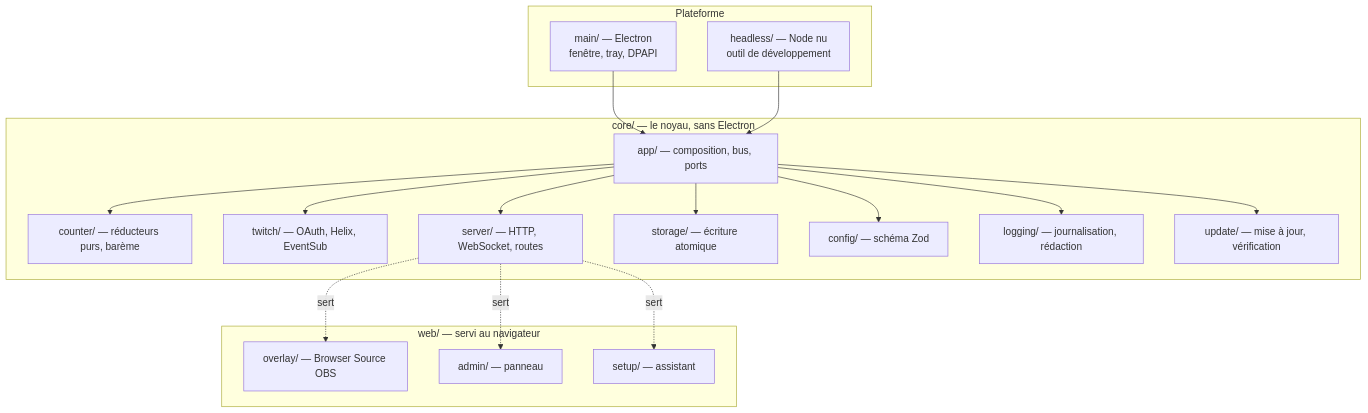
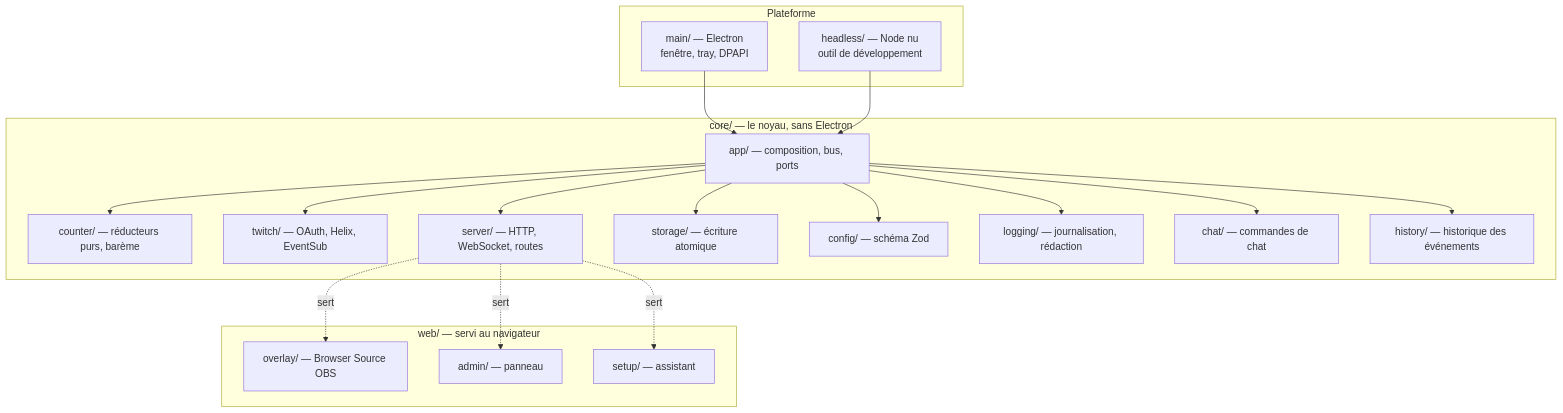
One commit to thedevopser/ChronoCast changed the first of 2 diagrams in docs/ARCHITECTURE.md. Above: the diagram before and after it, drawn with Mermaid. The commit also changed other lines of this file and 4 other files, not shown here.

````diff
--- a/docs/ARCHITECTURE.md
+++ b/docs/ARCHITECTURE.md
@@ -23,37 +21,39 @@
 ```mermaid
 graph TD
     subgraph Plateforme
         MAIN["main/ — Electron<br/>fenêtre, tray, DPAPI"]
         HEADLESS["headless/ — Node nu<br/>outil de développement"]
     end
 
     subgraph "core/ — le noyau, sans Electron"
         APP["app/ — composition, bus, ports"]
         COUNTER["counter/ — réducteurs purs, barème"]
         TWITCH["twitch/ — OAuth, Helix, EventSub"]
         SERVER["server/ — HTTP, WebSocket, routes"]
         STORAGE["storage/ — écriture atomique"]
         CONFIG["config/ — schéma Zod"]
         LOG["logging/ — journalisation, rédaction"]
-        UPDATE["update/ — mise à jour, vérification"]
+        CHAT["chat/ — commandes de chat"]
+        HISTORY["history/ — historique des événements"]
     end
 
     subgraph "web/ — servi au navigateur"
         OVERLAY["overlay/ — Browser Source OBS"]
         ADMIN["admin/ — panneau"]
         SETUP["setup/ — assistant"]
     end
 
     MAIN --> APP
     HEADLESS --> APP
     APP --> COUNTER
     APP --> TWITCH
     APP --> SERVER
     APP --> STORAGE
     APP --> CONFIG
     APP --> LOG
-    APP --> UPDATE
+    APP --> CHAT
+    APP --> HISTORY
     SERVER -.sert.-> OVERLAY
     SERVER -.sert.-> ADMIN
     SERVER -.sert.-> SETUP
 ```
````
